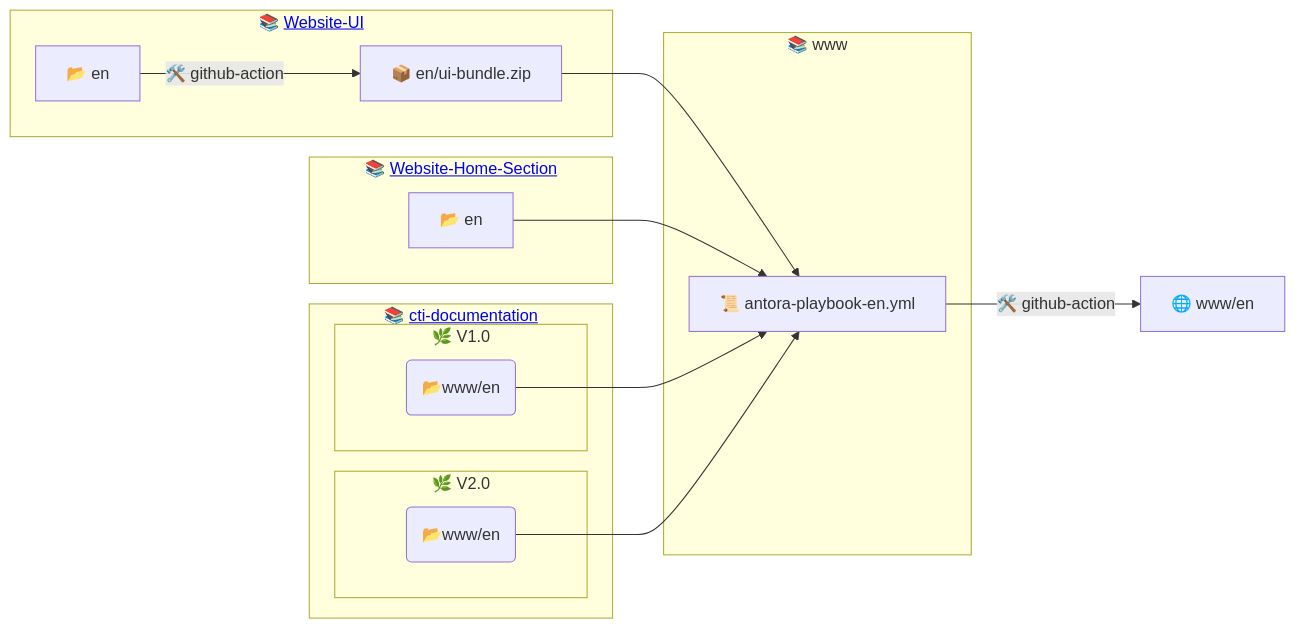
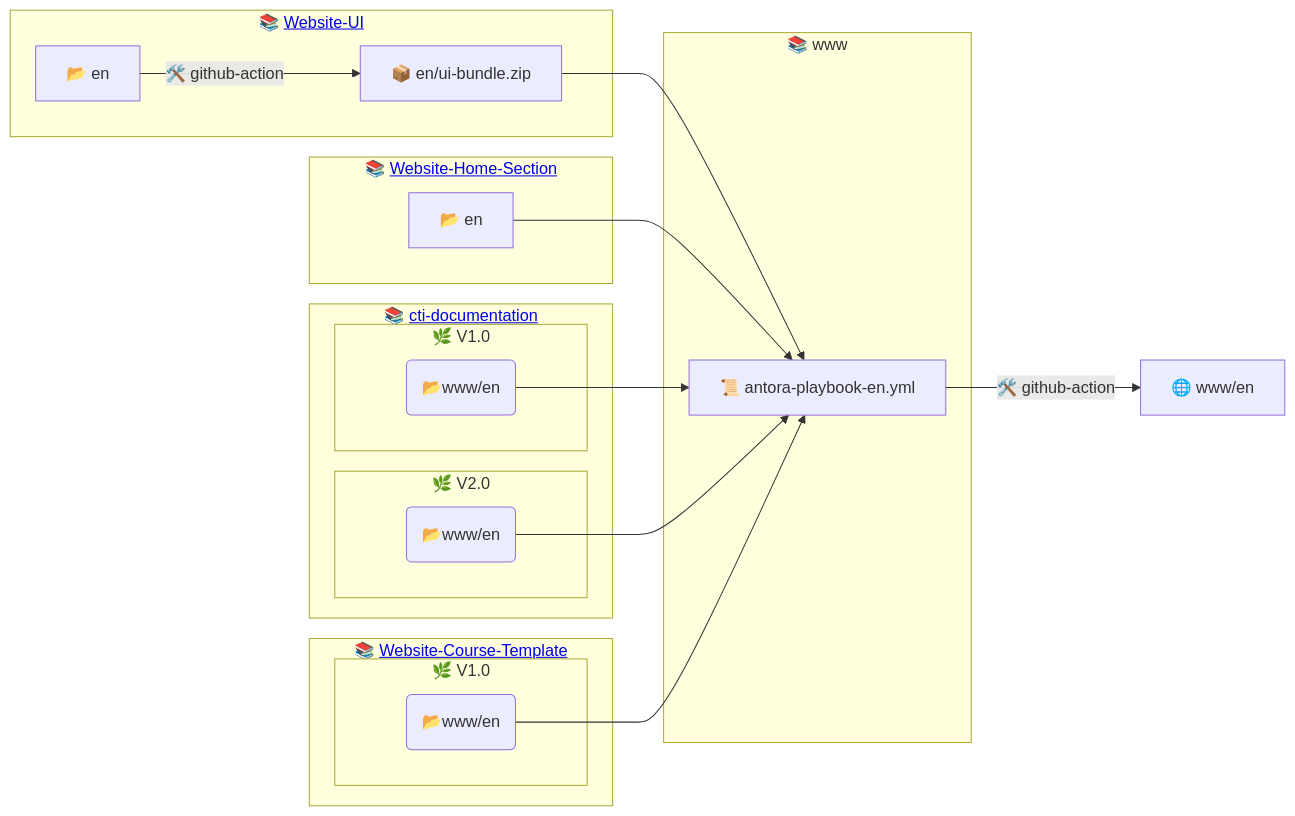
The diagram in README.md (j-medland/www), drawn with Mermaid before and after one commit. The commit also changed other lines of this file, not shown here.

Commit message:
Add Website-Course-Template

````diff
--- a/README.md
+++ b/README.md
@@ -15,23 +16,28 @@
 ```mermaid
 flowchart LR
     subgraph www["📚 www"]
         en-antora-playbook["📜 antora-playbook-en.yml"]
     end
-    subgraph website-ui["📚 <a href='https://github.com/LabVIEWCommunityTraining/website-ui'>Website-UI</a>"]
+    subgraph website-ui["`📚 <a href='https://github.com/LabVIEWCommunityTraining/website-ui'>Website-UI</a>`"]
         en-ui["📂 en"]-->|🛠️ github-action|en-ui-bundle
         en-ui-bundle["📦 en/ui-bundle.zip"]-->en-antora-playbook
     end
     subgraph website-home["📚 <a href='https://github.com/LabVIEWCommunityTraining/website-home-section'>Website-Home-Section</a>"]
         en-hs["📂 en"]-->en-antora-playbook
     end
-    subgraph cti-docs["📚 <a href='https://github.com/LabVIEWCommunityTraining/cti-documentation'>cti-documentation</a>"]
-        subgraph v1["🌿 V1.0"]
+    subgraph cti-docs["`📚 <a href='https://github.com/LabVIEWCommunityTraining/cti-documentation'>cti-documentation</a>`"]
+        subgraph cti-docs-v1["🌿 V1.0"]
             en-conv1(📂www/en)-->en-antora-playbook
         end
-        subgraph v2["🌿 V2.0"]
+        subgraph cti-docs-v2["🌿 V2.0"]
             en-conv2(📂www/en)-->en-antora-playbook
+        end
+    end
+    subgraph website-template["`📚 <a href='https://github.com/LabVIEWCommunityTraining/website-course-template'>Website-Course-Template</a>`"]
+        subgraph wt-v1["🌿 V1.0"]
+            en-templatev1(📂www/en)-->en-antora-playbook
         end
     end
     en-output["🌐 www/en"]
     en-antora-playbook-->|🛠️ github-action|en-output
 ```
````
